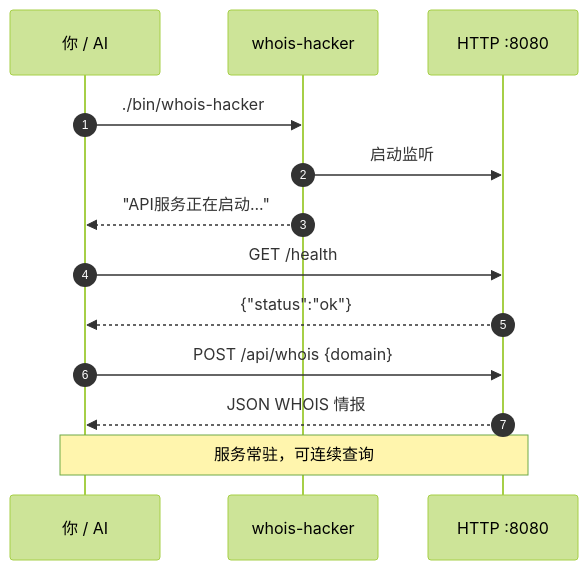
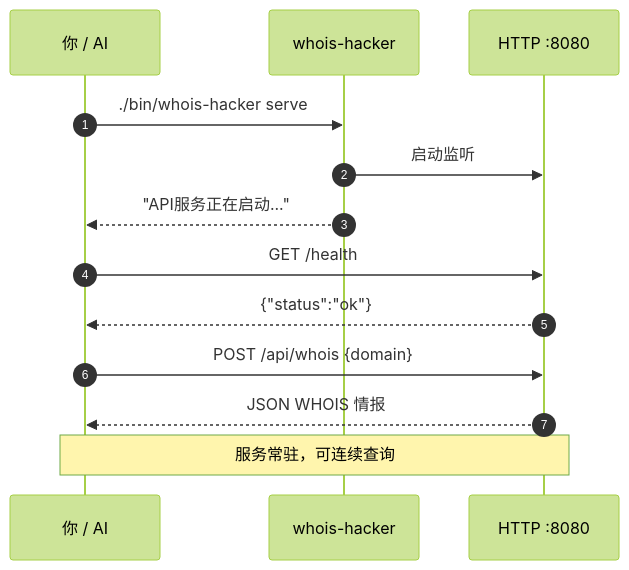
One commit to cyberspacesec/whois-skills changed the third of 4 diagrams in website/cli/usage.md. Above: the diagram before and after it, drawn with Mermaid (forest theme). The commit also changed other lines of this file and 21 other files, not shown here.

````diff
--- a/website/cli/usage.md
+++ b/website/cli/usage.md
@@ -171,16 +272,16 @@
 ```mermaid
 sequenceDiagram
     autonumber
     participant You as 你 / AI
     participant CLI as whois-hacker
     participant API as HTTP :8080
 
-    You->>CLI: ./bin/whois-hacker
+    You->>CLI: ./bin/whois-hacker serve
     CLI->>API: 启动监听
     CLI-->>You: "API服务正在启动..."
     You->>API: GET /health
     API-->>You: {"status":"ok"}
     You->>API: POST /api/whois {domain}
     API-->>You: JSON WHOIS 情报
     Note over You,API: 服务常驻，可连续查询
 ```
````
